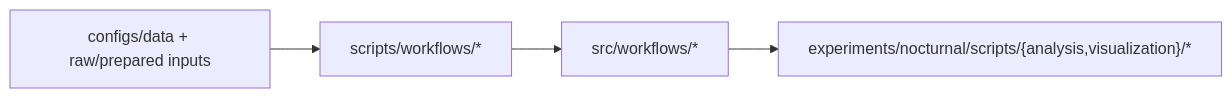
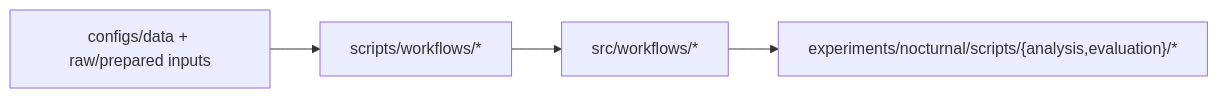
One commit to Blood-Glucose-Control/GlucoFoundry changed the diagram in docs/user-guide/example-scripts-guide.md. Above: the diagram before and after it, drawn with Mermaid. The commit also changed other lines of this file and 164 other files, not shown here.

````diff
--- a/docs/user-guide/example-scripts-guide.md
+++ b/docs/user-guide/example-scripts-guide.md
@@ -71,10 +71,10 @@
 ```mermaid
 flowchart LR
     D[configs/data + raw/prepared inputs]
     W[scripts/workflows/*]
     SW[src/workflows/*]
-    A["experiments/nocturnal/scripts/{analysis,visualization}/*"]
+    A["experiments/nocturnal/scripts/{analysis,evaluation}/*"]
 
     D --> W --> SW
     SW --> A
 ```
````
